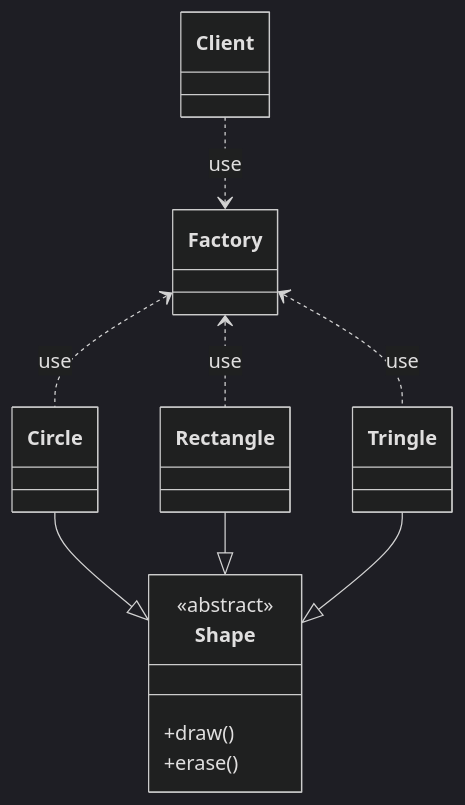
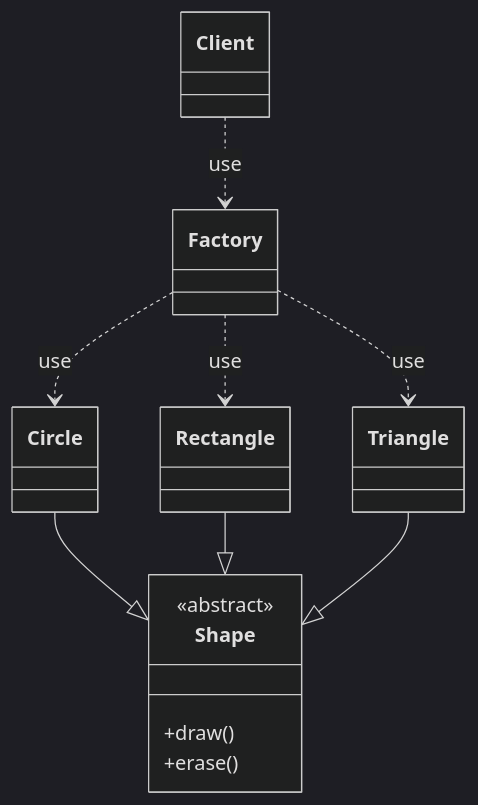
One commit to zltyrzshy/designModeLab changed the first of 2 diagrams in src/main/java/org/shan/lab3/resource/DesignMode_lab3.md. Above: the diagram before and after it, drawn with Mermaid (dark theme). The commit also changed other lines of this file and 15 other files, not shown here.

````diff
--- a/src/main/java/org/shan/lab3/resource/DesignMode_lab3.md
+++ b/src/main/java/org/shan/lab3/resource/DesignMode_lab3.md
@@ -13,19 +13,19 @@
    ```mermaid
 classDiagram
 
 Circle --|> Shape
 Rectangle --|> Shape
-Tringle --|> Shape
+Triangle --|> Shape
 
 Client ..> Factory :use
-Factory <.. Circle :use
-Factory <.. Rectangle :use
-Factory <.. Tringle :use
+Factory ..> Circle :use
+Factory ..> Rectangle :use
+Factory ..> Triangle :use
 
 class Shape{
 <<abstract>>
 +draw()
 +erase()
 }
    
    ```
````
